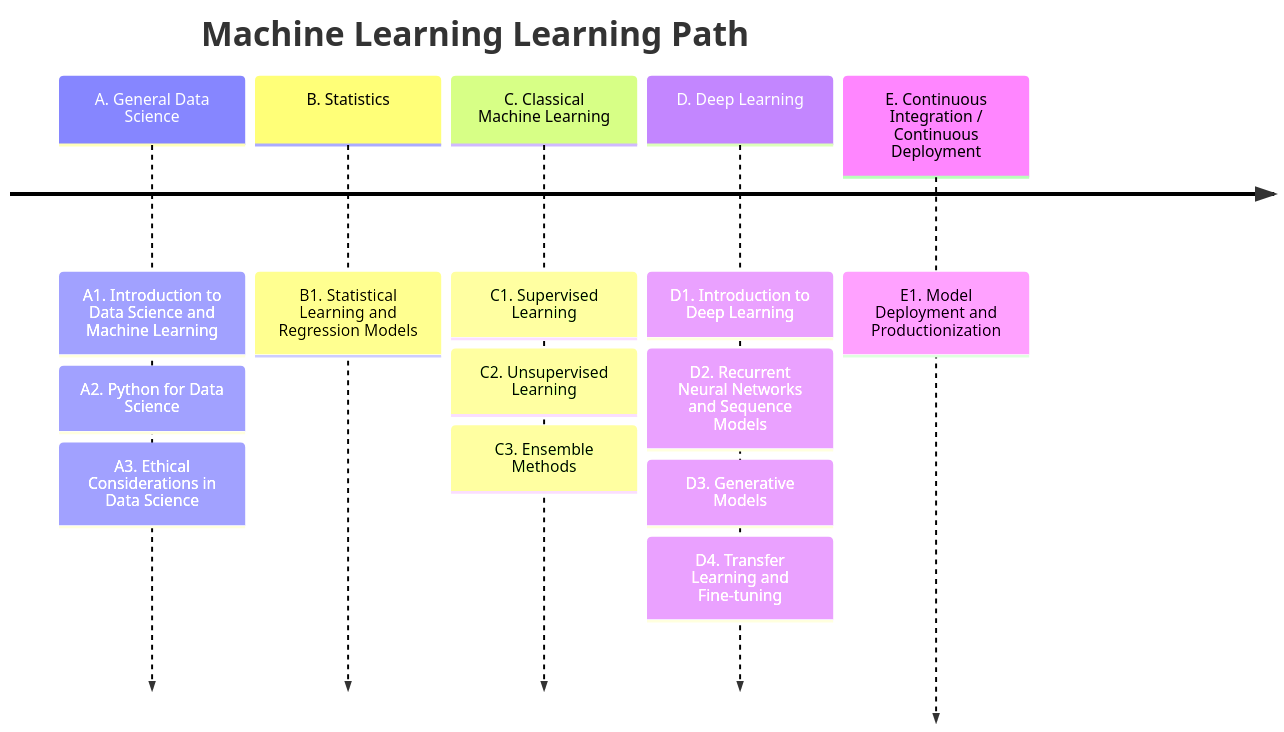
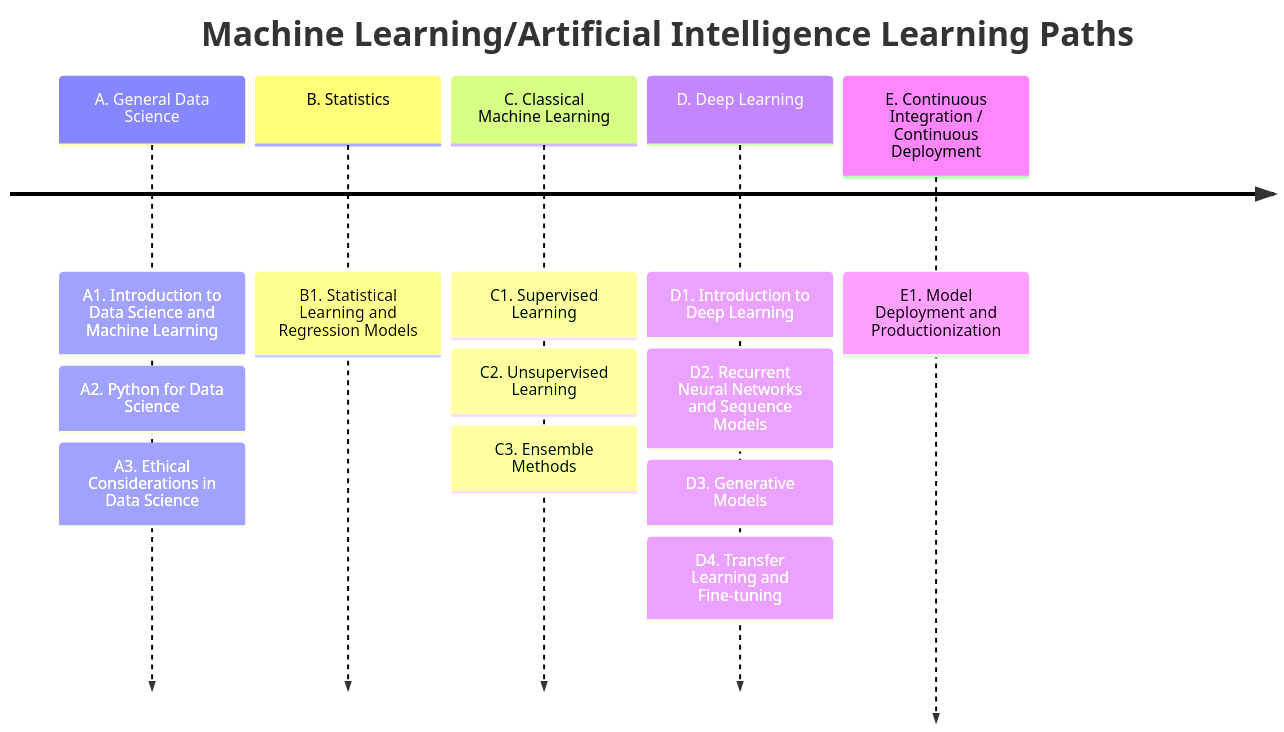
The diagram in docs/mlpaths_grids.md (ua-datalab/ua-datalab.github.io), drawn with Mermaid before and after one commit. The commit also changed other lines of this file, not shown here.

````diff
--- a/docs/mlpaths_grids.md
+++ b/docs/mlpaths_grids.md
@@ -6,17 +6,17 @@
 ```mermaid
 timeline
-    title Machine Learning Learning Path
+    title Machine Learning/Artificial Intelligence Learning Paths
     A. General Data Science : A1. Introduction to Data Science and Machine Learning
     	    	 	     : A2. Python for Data Science
 			     : A3. Ethical Considerations in Data Science
     B. Statistics : B1. Statistical Learning and Regression Models
     C. Classical Machine Learning : C1. Supervised Learning
 				 : C2. Unsupervised Learning
 				 : C3. Ensemble Methods
     D. Deep Learning : D1. Introduction to Deep Learning
     	   	    : D2. Recurrent Neural Networks and Sequence Models
 		    : D3. Generative Models
 		    : D4. Transfer Learning and Fine-tuning
     E. Continuous Integration / Continuous Deployment  : E1. Model Deployment and Productionization
 
 ```
````
